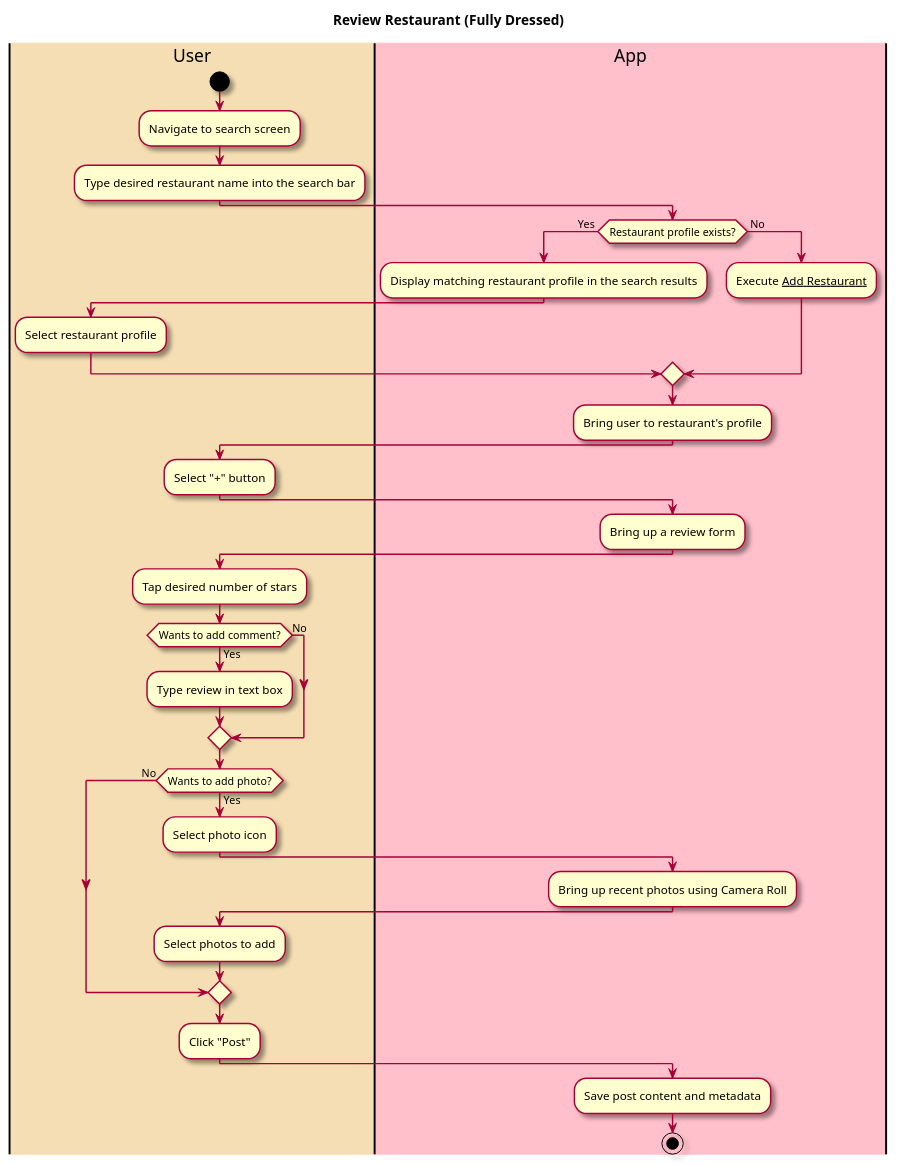
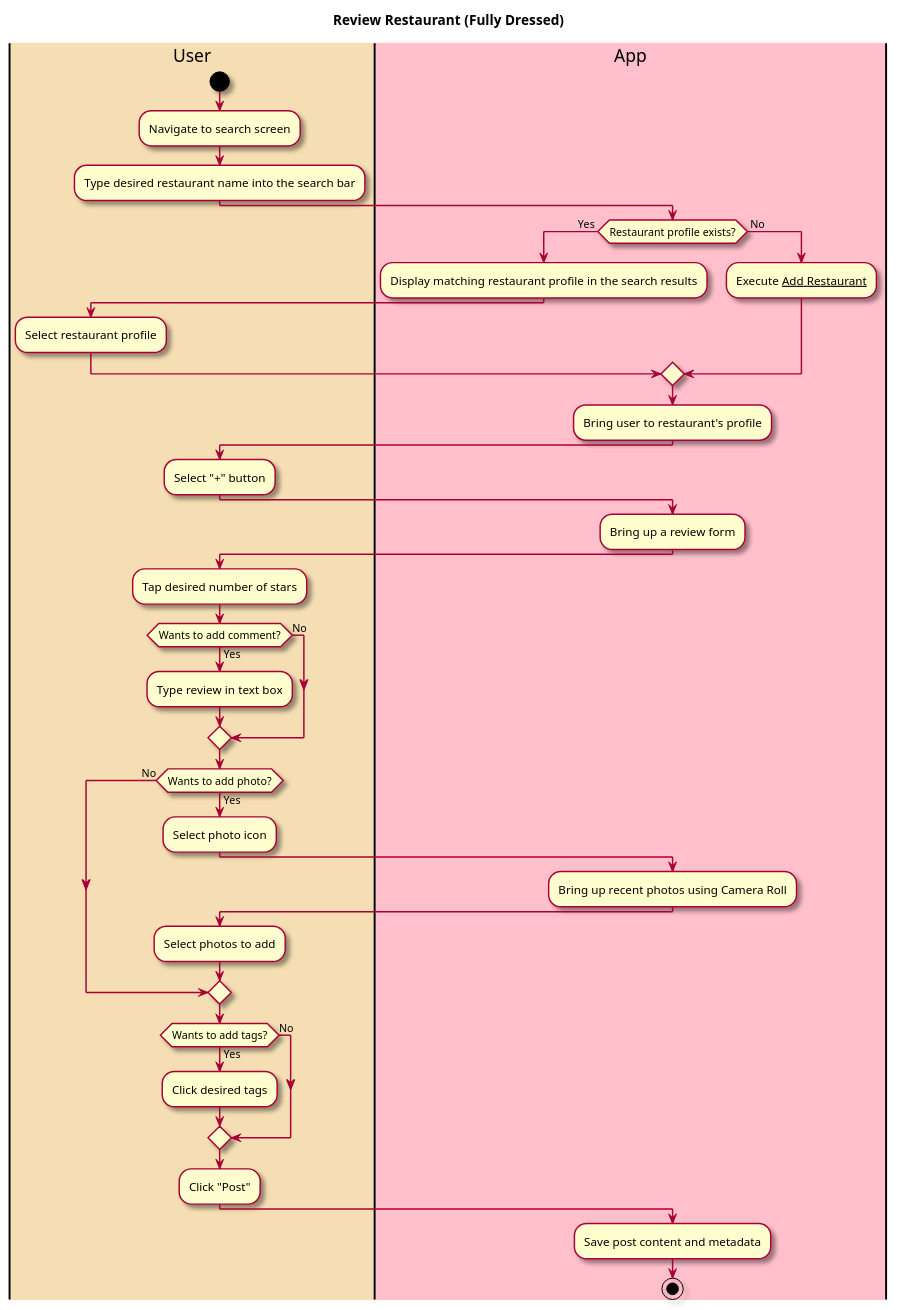
The first of 2 diagrams in intellij/doc/use_cases/post-review.md (tanwasp/LunchBox-Android), drawn with PlantUML before and after one commit. The commit also changed other lines of this file and 7 other files, not shown here.

````diff
--- a/intellij/doc/use_cases/post-review.md
+++ b/intellij/doc/use_cases/post-review.md
@@ -28,56 +28,60 @@
 ```plantuml
 @startuml
 
 skin rose
 
 title Review Restaurant (Fully Dressed)
 
 |#wheat|User|
 |#pink|App|
 
 |User|
 start
 :Navigate to search screen;
 :Type desired restaurant name into the search bar;
 
 |App|
 if (Restaurant profile exists?) is  ( Yes ) then
 :Display matching restaurant profile in the search results;
 |User|
 :Select restaurant profile;
 else ( No ) 
 |App|
 :Execute __Add Restaurant__;
 endif
 
 |App|
 :Bring user to restaurant's profile;
 
 |User|
 :Select "+" button;
 
 |App|
 :Bring up a review form;
 
 |User|
 :Tap desired number of stars;
 if (Wants to add comment?) is (Yes) then
 :Type review in text box;
 else (No)
 endif
 if (Wants to add photo?) is (Yes) then
 :Select photo icon;
 |App|
 :Bring up recent photos using Camera Roll;
 |User|
 :Select photos to add;
 else (No)
 endif
+if (Wants to add tags?) is (Yes) then
+:Click desired tags;
+else (No)
+endif
 
 :Click "Post";
 
 |App|
 :Save post content and metadata;
 stop
 @enduml
 ```
````
